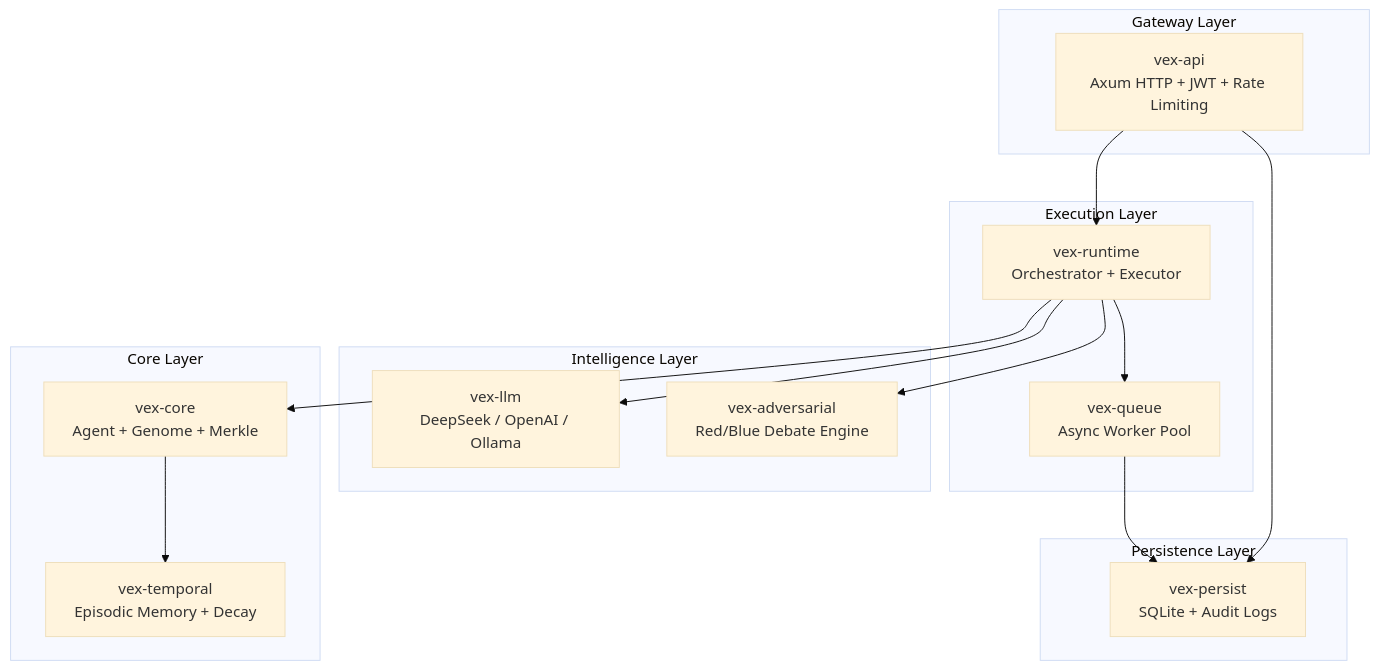
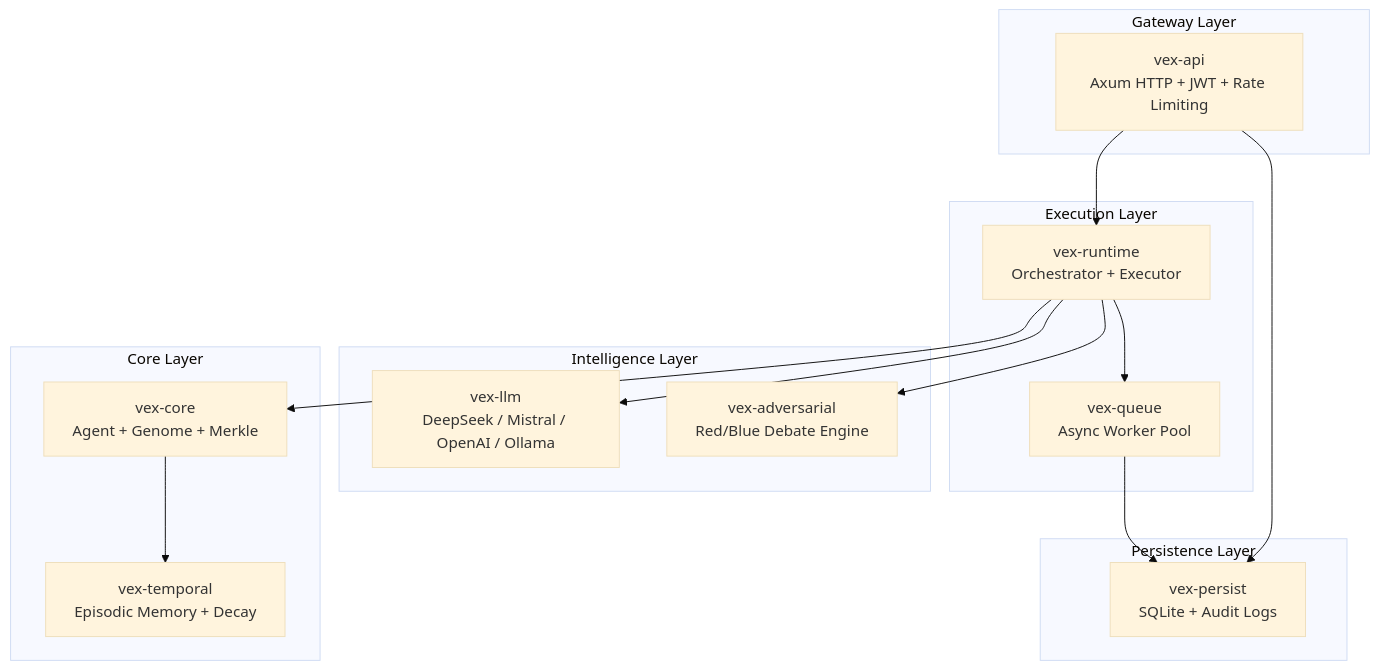
Before and after one commit to provnai/vex: the diagram in README.md, drawn with Mermaid (base theme). The commit also changed other lines of this file and 4 other files, not shown here.

````diff
--- a/README.md
+++ b/README.md
@@ -29,34 +29,34 @@
 ```mermaid
 graph TB
     subgraph "Gateway Layer"
         API["vex-api<br/>Axum HTTP + JWT + Rate Limiting"]
     end
     
     subgraph "Intelligence Layer"
-        LLM["vex-llm<br/>DeepSeek / OpenAI / Ollama"]
+        LLM["vex-llm<br/>DeepSeek / Mistral / OpenAI / Ollama"]
         ADV["vex-adversarial<br/>Red/Blue Debate Engine"]
     end
     
     subgraph "Execution Layer"
         RT["vex-runtime<br/>Orchestrator + Executor"]
         Q["vex-queue<br/>Async Worker Pool"]
     end
     
     subgraph "Core Layer"
         CORE["vex-core<br/>Agent + Genome + Merkle"]
         TEMP["vex-temporal<br/>Episodic Memory + Decay"]
     end
     
     subgraph "Persistence Layer"
         DB["vex-persist<br/>SQLite + Audit Logs"]
     end
     
     API --> RT
     RT --> LLM
     RT --> ADV
     RT --> CORE
     RT --> Q
     CORE --> TEMP
     Q --> DB
     API --> DB
 ```
````
